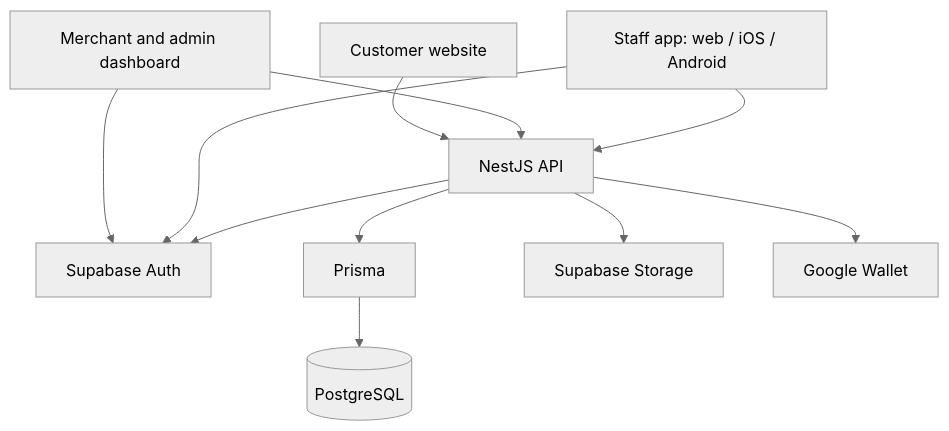
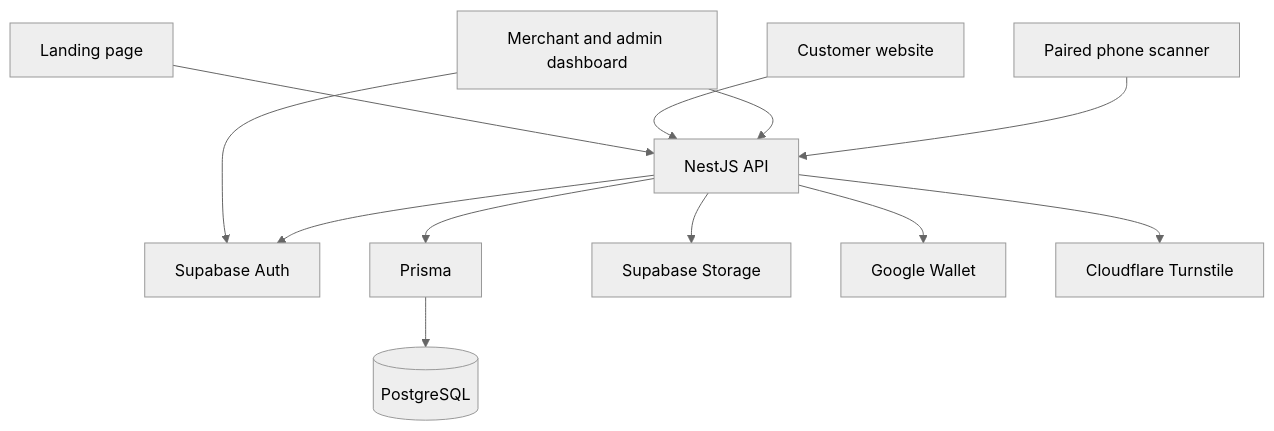
The diagram in README.md (getdvote/dvote), drawn with Mermaid (neutral theme) before and after one commit. The commit also changed other lines of this file and 2 other files, not shown here.

Commit message:
docs: bring README, AGENTS.md and the landing README up to date

````diff
--- a/README.md
+++ b/README.md
@@ -99,13 +112,14 @@
 ```mermaid
 flowchart TD
-    Customer[Customer website] --> API[NestJS API]
+    Landing[Landing page] --> API[NestJS API]
+    Customer[Customer website] --> API
     Dashboard[Merchant and admin dashboard] --> API
-    Staff[Staff app: web / iOS / Android] --> API
+    Phone[Paired phone scanner] --> API
     Dashboard --> Auth[Supabase Auth]
-    Staff --> Auth
     API --> Auth
     API --> Prisma[Prisma]
     Prisma --> DB[(PostgreSQL)]
     API --> Storage[Supabase Storage]
     API --> Wallet[Google Wallet]
+    API --> Turnstile[Cloudflare Turnstile]
 ```
````
